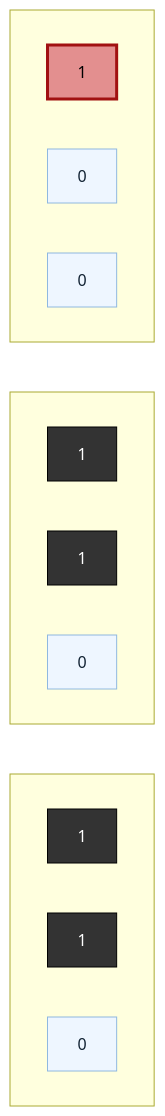
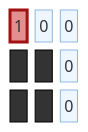
Before and after one commit to jovannypcg/dsa: the third of 7 diagrams in src/main/java/mx/jovannypcg/base/p66_shortestpathinbinarymatrix/README.md, drawn with Mermaid. The commit also changed other lines of this file and 5 other files, not shown here.

````diff
--- a/src/main/java/mx/jovannypcg/base/p66_shortestpathinbinarymatrix/README.md
+++ b/src/main/java/mx/jovannypcg/base/p66_shortestpathinbinarymatrix/README.md
@@ -96,28 +71,14 @@
 ```mermaid
-flowchart TD
-    subgraph Row0[" "]
-        direction LR
-        r0c0["1"]
-        r0c1["0"]
-        r0c2["0"]
-    end
-    subgraph Row1[" "]
-        direction LR
-        r1c0["1"]
-        r1c1["1"]
-        r1c2["0"]
-    end
-    subgraph Row2[" "]
-        direction LR
-        r2c0["1"]
-        r2c1["1"]
-        r2c2["0"]
-    end
-    Row0 ~~~ Row1 ~~~ Row2
+block-beta
+columns 3
+    r0c0["1"] r0c1["0"] r0c2["0"]
+    r1c0["1"] r1c1["1"] r1c2["0"]
+    r2c0["1"] r2c1["1"] r2c2["0"]
     classDef zero fill:#eef6ff,stroke:#8fb8e0,color:#123
     classDef one fill:#333,stroke:#000,color:#fff
+    classDef path fill:#8fe38f,stroke:#1a7a1a,stroke-width:3px,color:#000
     classDef blocked fill:#e38f8f,stroke:#a11111,stroke-width:3px,color:#000
-    class r0c0 blocked
     class r0c1,r0c2,r1c2,r2c2 zero
     class r1c0,r1c1,r2c0,r2c1 one
+    class r0c0 blocked
 ```
````
